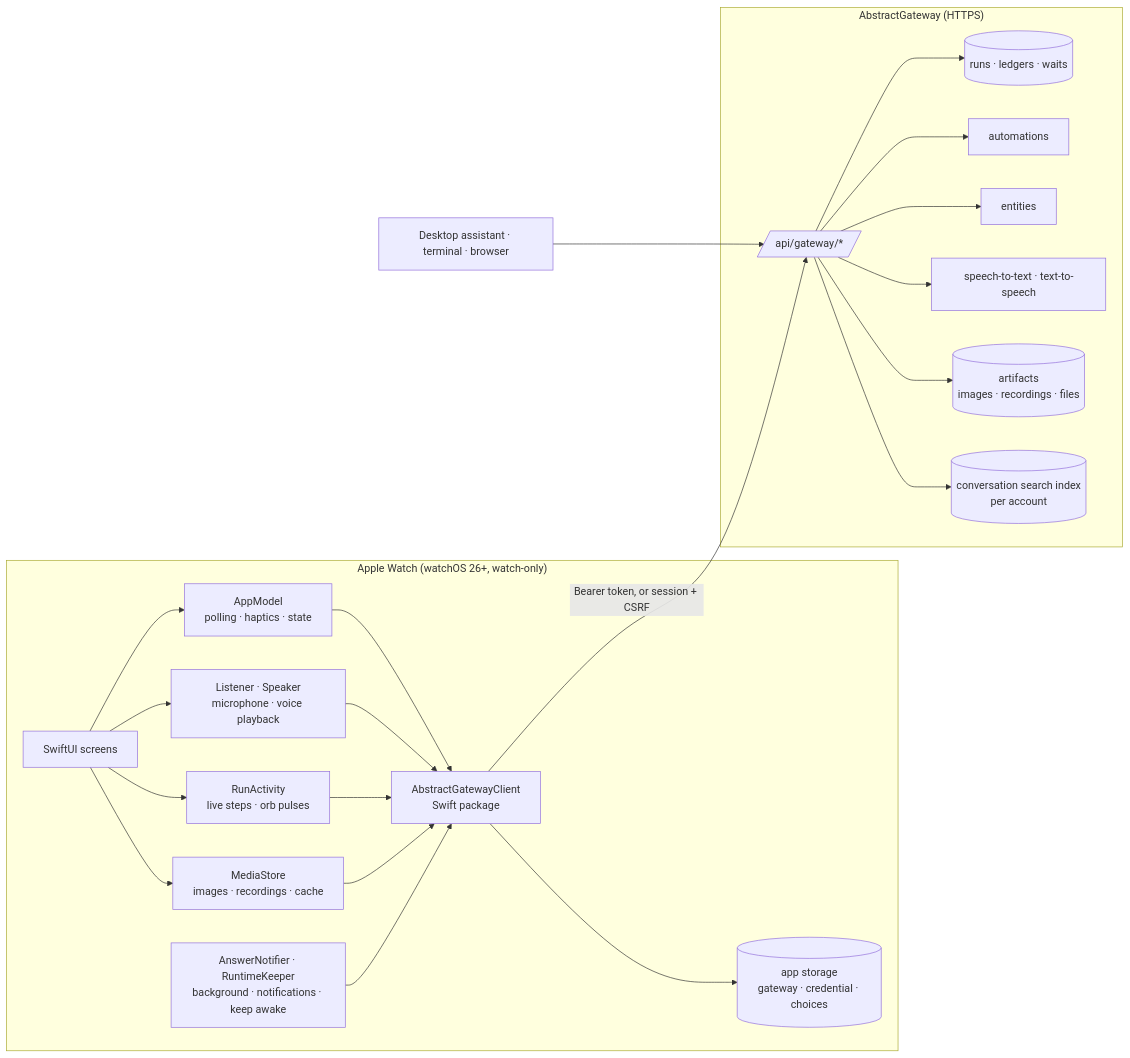
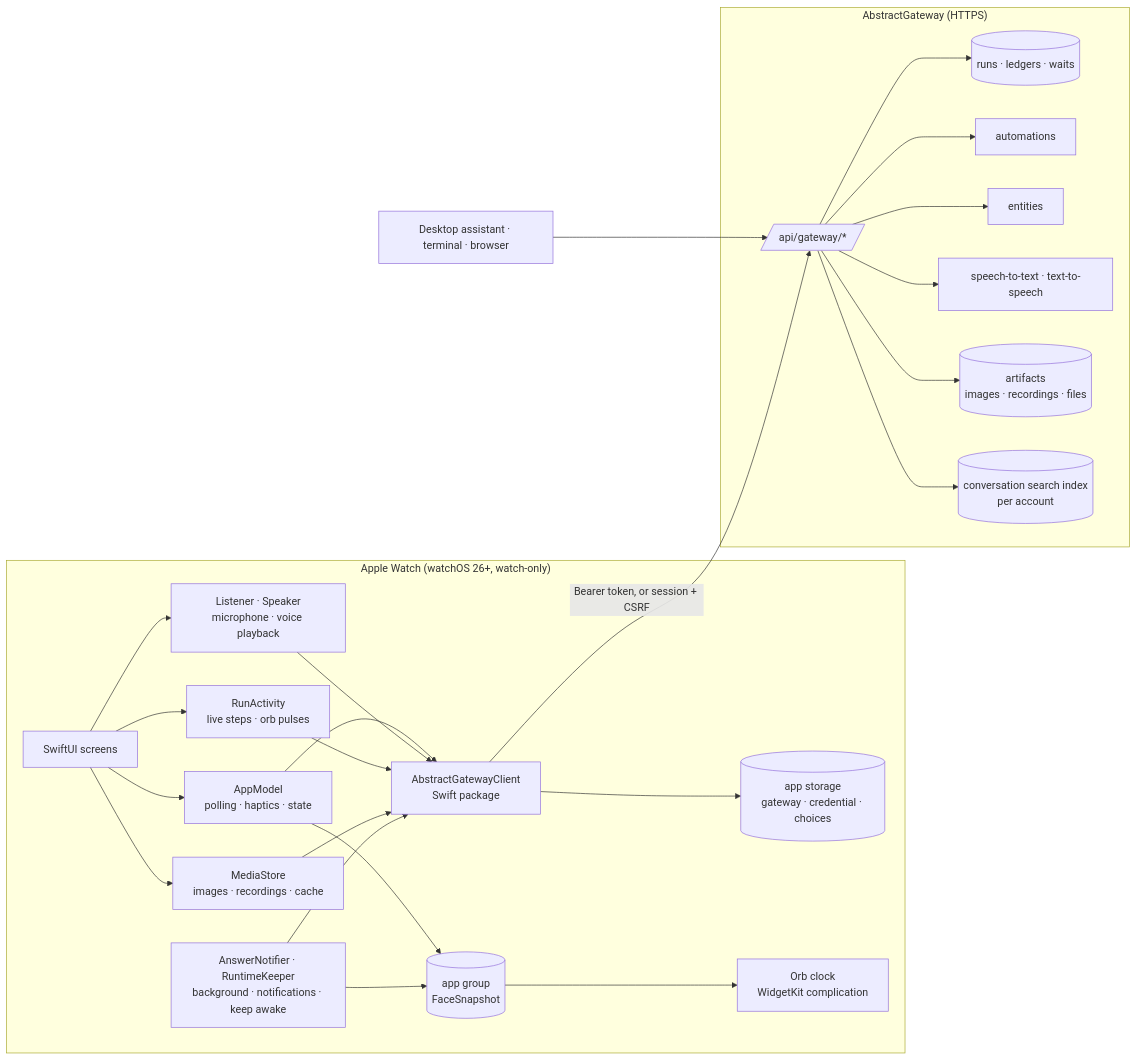
The first of 2 diagrams in watch/apple/docs/architecture.md (lpalbou/AbstractAssistant), drawn with Mermaid before and after one commit. The commit also changed other lines of this file and 19 other files, not shown here.

Commit message:
Watch: the Orb clock complication (circular, corner, inline, rectangular): the time in particles round the orb, amber with what waits for you, the next automation; app group snapshot written by the app and the background refresh; docs; changelog; llms regenerated

````diff
--- a/watch/apple/docs/architecture.md
+++ b/watch/apple/docs/architecture.md
@@ -7,36 +7,41 @@
 ```mermaid
 flowchart LR
   subgraph Watch["Apple Watch (watchOS 26+, watch-only)"]
     UI[SwiftUI screens]
     Model[AppModel<br/>polling · haptics · state]
     Media[Listener · Speaker<br/>microphone · voice playback]
     Work[RunActivity<br/>live steps · orb pulses]
     Files[MediaStore<br/>images · recordings · cache]
     BG[AnswerNotifier · RuntimeKeeper<br/>background · notifications · keep awake]
     Kit[AbstractGatewayClient<br/>Swift package]
     Store[(app storage<br/>gateway · credential · choices)]
     UI --> Model --> Kit
     UI --> Media --> Kit
     UI --> Work --> Kit
     UI --> Files --> Kit
     BG --> Kit
     Kit --> Store
+    Face[(app group<br/>FaceSnapshot)]
+    Clock[Orb clock<br/>WidgetKit complication]
+    Model --> Face
+    BG --> Face
+    Face --> Clock
   end
   subgraph GW["AbstractGateway (HTTPS)"]
     API[/api/gateway/*/]
     Runs[(runs · ledgers · waits)]
     Auto[automations]
     Ent[entities]
     Voice[speech-to-text · text-to-speech]
     Art[(artifacts<br/>images · recordings · files)]
     Search[(conversation search index<br/>per account)]
     API --> Runs
     API --> Auto
     API --> Ent
     API --> Voice
     API --> Art
     API --> Search
   end
   Kit -- "Bearer token, or session + CSRF" --> API
   Other[Desktop assistant · terminal · browser] --> API
 ```
````
